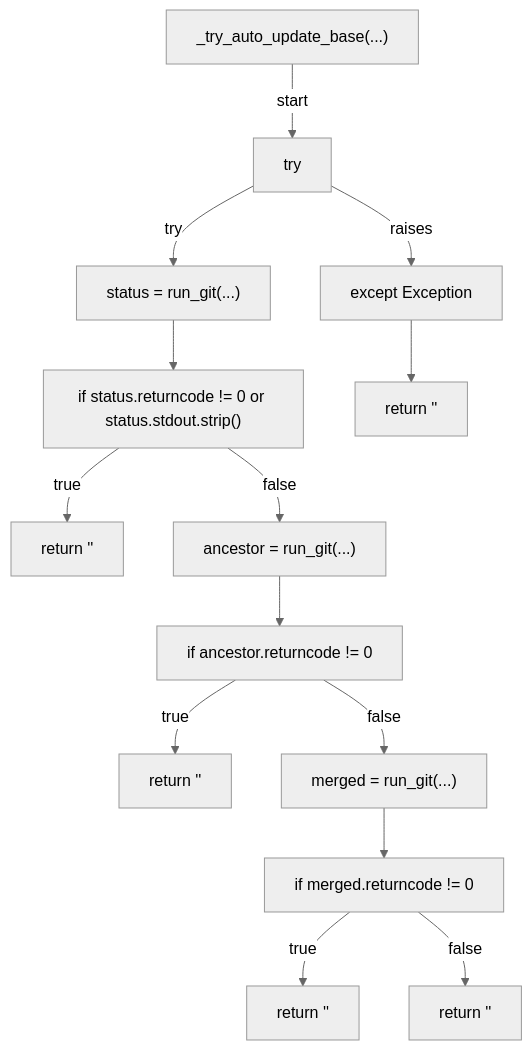
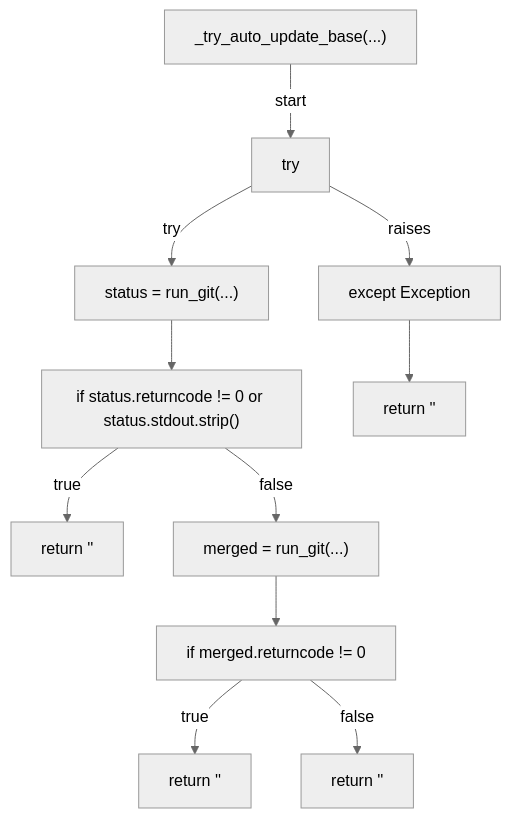
The ninth of 13 diagrams in docs/generated/scripts/ast/preflight_session_base_freshness.md (tvna/claude-md), drawn with Mermaid (neutral theme) before and after one commit. The commit also changed 1 other file, not shown here.

Commit message:
docs(generated): regenerate decision tree and workflow diagrams
Refs #960

````diff
--- a/docs/generated/scripts/ast/preflight_session_base_freshness.md
+++ b/docs/generated/scripts/ast/preflight_session_base_freshness.md
@@ -131,30 +131,24 @@
 ```mermaid
 flowchart TD
     N001["_try_auto_update_base(...)"]
     N002["try"]
     N003["status = run_git(...)"]
     N004["if status.returncode != 0 or status.stdout.strip()"]
     N005["return '<str>'"]
-    N006["ancestor = run_git(...)"]
-    N007["if ancestor.returncode != 0"]
+    N006["merged = run_git(...)"]
+    N007["if merged.returncode != 0"]
     N008["return '<str>'"]
-    N009["merged = run_git(...)"]
-    N010["if merged.returncode != 0"]
+    N009["except Exception"]
+    N010["return '<str>'"]
     N011["return '<str>'"]
-    N012["except Exception"]
-    N013["return '<str>'"]
-    N014["return '<str>'"]
     N001 -->|"start"| N002
     N002 -->|"try"| N003
     N003 --> N004
     N004 -->|"true"| N005
     N004 -->|"false"| N006
     N006 --> N007
     N007 -->|"true"| N008
-    N007 -->|"false"| N009
+    N002 -->|"raises"| N009
     N009 --> N010
-    N010 -->|"true"| N011
-    N002 -->|"raises"| N012
-    N012 --> N013
-    N010 -->|"false"| N014
+    N007 -->|"false"| N011
 ```
````
